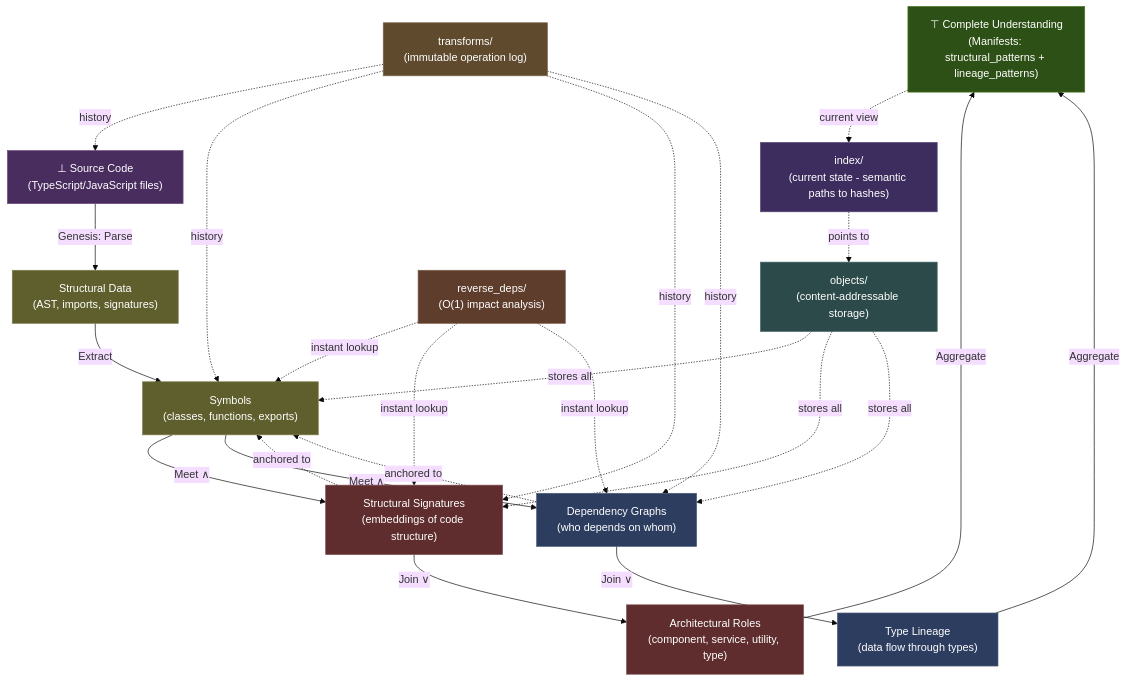
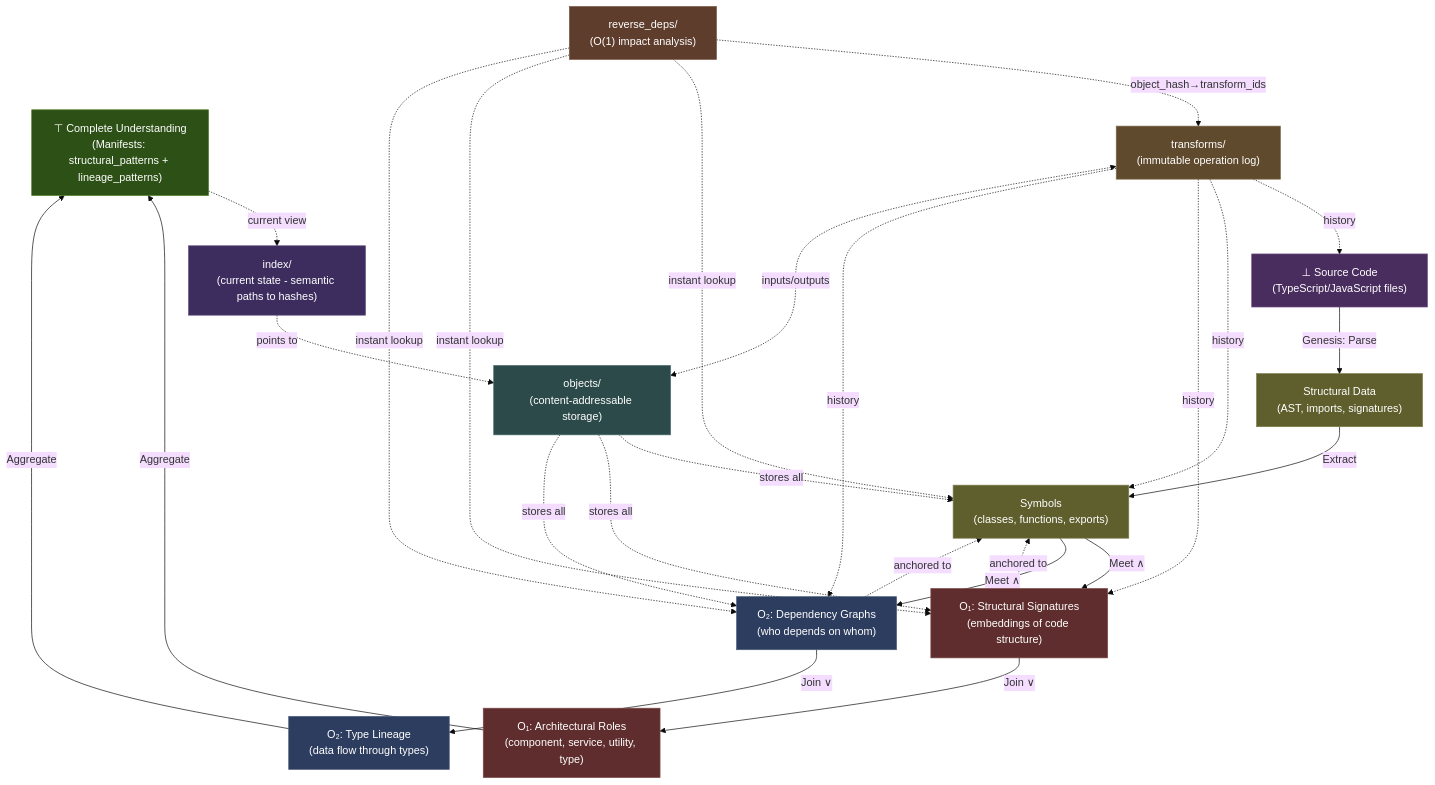
Before and after one commit to mirzahusadzic/cogx: the diagram in README.md, drawn with Mermaid (base theme). The commit also changed other lines of this file, not shown here.

First line of the commit message:
docs: Complete PGC architecture diagram with historian pattern

````diff
--- a/README.md
+++ b/README.md
@@ -158,75 +160,80 @@
 ```mermaid
 graph TD
     %% Top of Lattice
     TOP["⊤ Complete Understanding<br/>(Manifests: structural_patterns + lineage_patterns)"]
 
     %% Current State (The Conscious Mind)
     INDEX["index/<br/>(current state - semantic paths to hashes)"]
 
-    %% Overlay Dimension 1: Structural Patterns
-    SP_ROLE["Architectural Roles<br/>(component, service, utility, type)"]
-    SP_SIG["Structural Signatures<br/>(embeddings of code structure)"]
+    %% Overlay Dimension O₁: Structural Patterns
+    SP_ROLE["O₁: Architectural Roles<br/>(component, service, utility, type)"]
+    SP_SIG["O₁: Structural Signatures<br/>(embeddings of code structure)"]
 
-    %% Overlay Dimension 2: Lineage Patterns
-    LP_GRAPH["Dependency Graphs<br/>(who depends on whom)"]
-    LP_TYPE["Type Lineage<br/>(data flow through types)"]
+    %% Overlay Dimension O₂: Lineage Patterns
+    LP_GRAPH["O₂: Dependency Graphs<br/>(who depends on whom)"]
+    LP_TYPE["O₂: Type Lineage<br/>(data flow through types)"]
 
     %% Genesis Layer
     SYMBOLS["Symbols<br/>(classes, functions, exports)"]
     STRUCTURE["Structural Data<br/>(AST, imports, signatures)"]
     SOURCE["⊥ Source Code<br/>(TypeScript/JavaScript files)"]
 
     %% Content-Addressable Storage
     OBJECTS["objects/<br/>(content-addressable storage)"]
 
     %% Temporal Dimension
     TRANSFORMS["transforms/<br/>(immutable operation log)"]
 
     %% Reflexive Nervous System
     REVERSE["reverse_deps/<br/>(O(1) impact analysis)"]
 
     %% Vertical edges (Join operations - bottom up)
     SOURCE -->|"Genesis: Parse"| STRUCTURE
     STRUCTURE -->|"Extract"| SYMBOLS
     SYMBOLS -->|"Meet ∧"| SP_SIG
     SYMBOLS -->|"Meet ∧"| LP_GRAPH
     SP_SIG -->|"Join ∨"| SP_ROLE
     LP_GRAPH -->|"Join ∨"| LP_TYPE
     SP_ROLE -->|"Aggregate"| TOP
     LP_TYPE -->|"Aggregate"| TOP
 
     %% Horizontal edges (overlay anchoring)
     SP_SIG -.->|"anchored to"| SYMBOLS
     LP_GRAPH -.->|"anchored to"| SYMBOLS
 
     %% State management
     INDEX -.->|"points to"| OBJECTS
     TOP -.->|"current view"| INDEX
     OBJECTS -.->|"stores all"| SYMBOLS
     OBJECTS -.->|"stores all"| SP_SIG
     OBJECTS -.->|"stores all"| LP_GRAPH
 
     %% Temporal edges (historical dimension)
     TRANSFORMS -.->|"history"| SOURCE
     TRANSFORMS -.->|"history"| SYMBOLS
     TRANSFORMS -.->|"history"| SP_SIG
     TRANSFORMS -.->|"history"| LP_GRAPH
 
+    %% Transform-Object bridge (inputs/outputs reference objects)
+    TRANSFORMS <-.->|"inputs/outputs"| OBJECTS
+
     %% Reflexive nervous system (Update Function U)
+    %% The Historian: reverse_deps indexes from objects into transforms for O(1) history lookup
+    REVERSE -.->|"object_hash→transform_ids"| TRANSFORMS
     REVERSE -.->|"instant lookup"| SYMBOLS
     REVERSE -.->|"instant lookup"| SP_SIG
     REVERSE -.->|"instant lookup"| LP_GRAPH
 
     style TOP fill:#2d5016,stroke:#4a7c1f,color:#fff
     style INDEX fill:#3d2d5f,stroke:#5c4a7c,color:#fff
     style SP_ROLE fill:#5f2d2d,stroke:#7c4a4a,color:#fff
     style SP_SIG fill:#5f2d2d,stroke:#7c4a4a,color:#fff
     style LP_TYPE fill:#2d3d5f,stroke:#4a5c7c,color:#fff
     style LP_GRAPH fill:#2d3d5f,stroke:#4a5c7c,color:#fff
     style SYMBOLS fill:#5f5f2d,stroke:#7c7c4a,color:#fff
     style STRUCTURE fill:#5f5f2d,stroke:#7c7c4a,color:#fff
     style SOURCE fill:#4a2d5f,stroke:#6a4a7c,color:#fff
     style OBJECTS fill:#2d4a4a,stroke:#4a6a6a,color:#fff
     style TRANSFORMS fill:#5f4a2d,stroke:#7c6a4a,color:#fff
     style REVERSE fill:#5f3d2d,stroke:#7c5c4a,color:#fff
 ```
````
